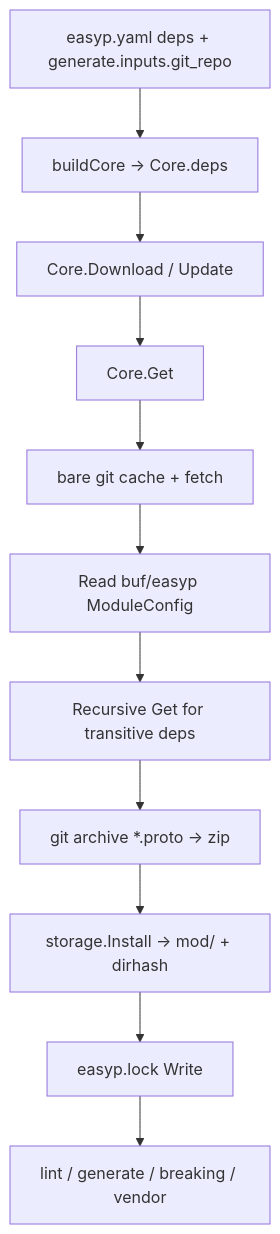
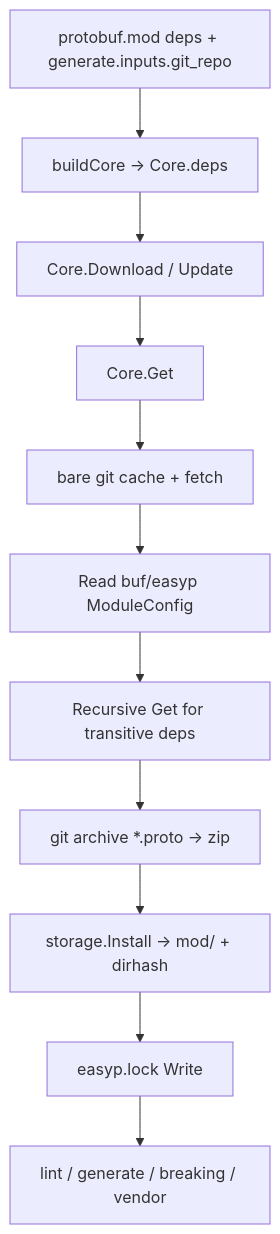
Before and after one commit to easyp-tech/easyp: the diagram in .spec/config/dependency.md, drawn with Mermaid. The commit also changed other lines of this file and 25 other files, not shown here.

````diff
--- a/.spec/config/dependency.md
+++ b/.spec/config/dependency.md
@@ -91,13 +96,13 @@
 ```mermaid
 flowchart TD
-  cfg["easyp.yaml deps + generate.inputs.git_repo"] --> buildCore["buildCore → Core.deps"]
+  cfg["protobuf.mod deps + generate.inputs.git_repo"] --> buildCore["buildCore → Core.deps"]
   buildCore --> download["Core.Download / Update"]
   download --> get["Core.Get"]
   get --> git["bare git cache + fetch"]
   git --> modcfg["Read buf/easyp ModuleConfig"]
   modcfg --> indirect["Recursive Get for transitive deps"]
   indirect --> archive["git archive *.proto → zip"]
   archive --> install["storage.Install → mod/ + dirhash"]
   install --> lock["easyp.lock Write"]
   lock --> consumers["lint / generate / breaking / vendor"]
 ```
````
